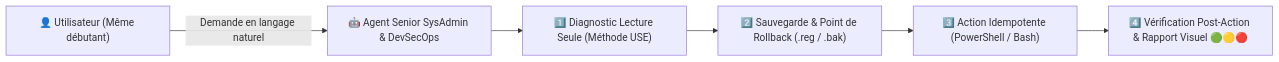
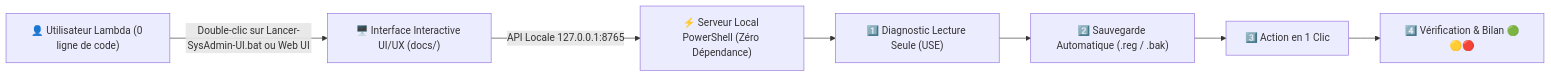
One commit to Boris13-tech/sysadmin-devsecops-senior-agent changed the diagram in README.md. Above: the diagram before and after it, drawn with Mermaid. The commit also changed other lines of this file and 6 other files, not shown here.

Commit message:
feat(ui): add interactive web UI/UX dashboard, local 1-click server, and double-click launcher

````diff
--- a/README.md
+++ b/README.md
@@ -22,8 +43,9 @@
 ```mermaid
 flowchart LR
-    U["👤 Utilisateur (Même débutant)"] -->|"Demande en langage naturel"| A["🤖 Agent Senior SysAdmin & DevSecOps"]
-    A --> D["1️⃣ Diagnostic Lecture Seule (Méthode USE)"]
-    D --> S["2️⃣ Sauvegarde & Point de Rollback (.reg / .bak)"]
-    S --> ACT["3️⃣ Action Idempotente (PowerShell / Bash)"]
-    ACT --> V["4️⃣ Vérification Post-Action & Rapport Visuel 🟢🟡🔴"]
+    U["👤 Utilisateur Lambda (0 ligne de code)"] -->|"Double-clic sur Lancer-SysAdmin-UI.bat ou Web UI"| UI["🖥️ Interface Interactive UI/UX (docs/)"]
+    UI -->|"API Locale 127.0.0.1:8765"| S["⚡ Serveur Local PowerShell (Zéro Dépendance)"]
+    S --> D["1️⃣ Diagnostic Lecture Seule (USE)"]
+    D --> B["2️⃣ Sauvegarde Automatique (.reg / .bak)"]
+    B --> A["3️⃣ Action en 1 Clic"]
+    A --> V["4️⃣ Vérification & Bilan 🟢🟡🔴"]
 ```
````
